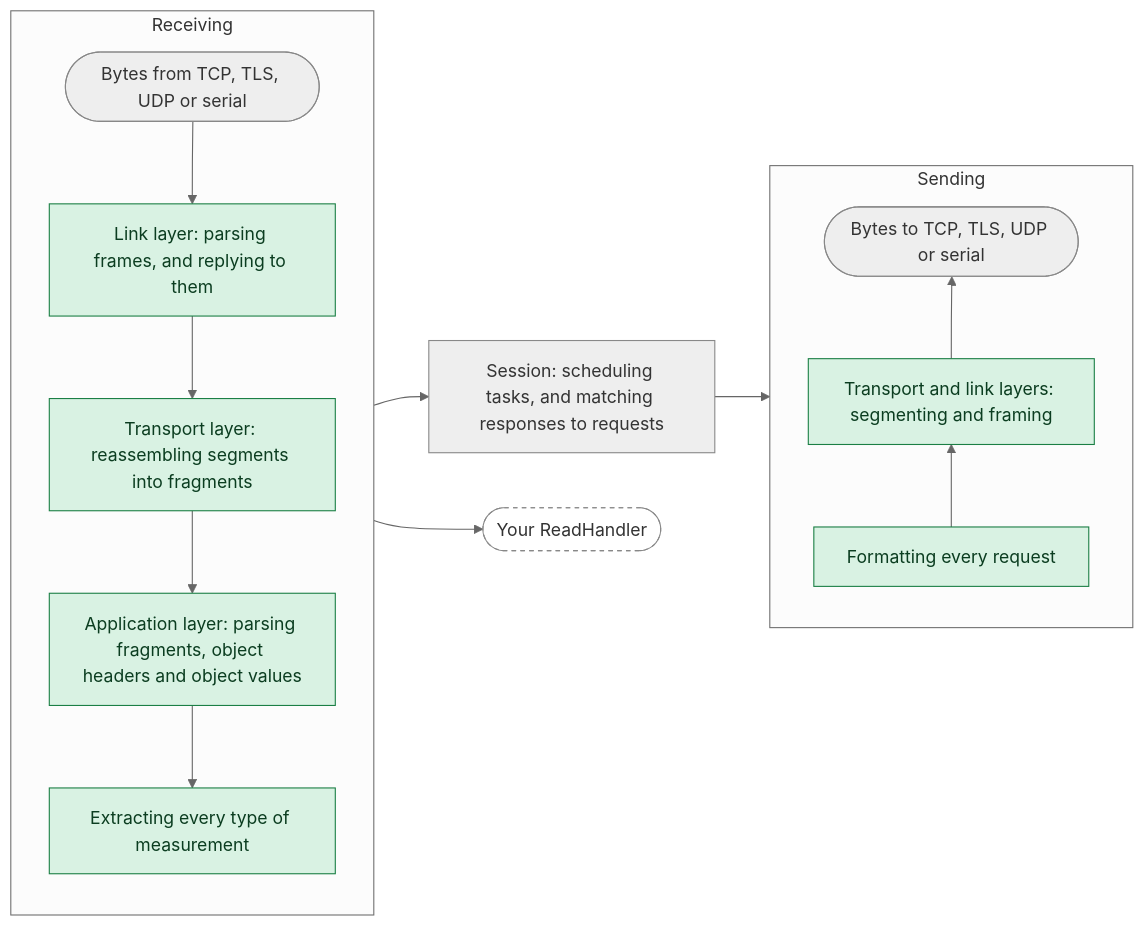
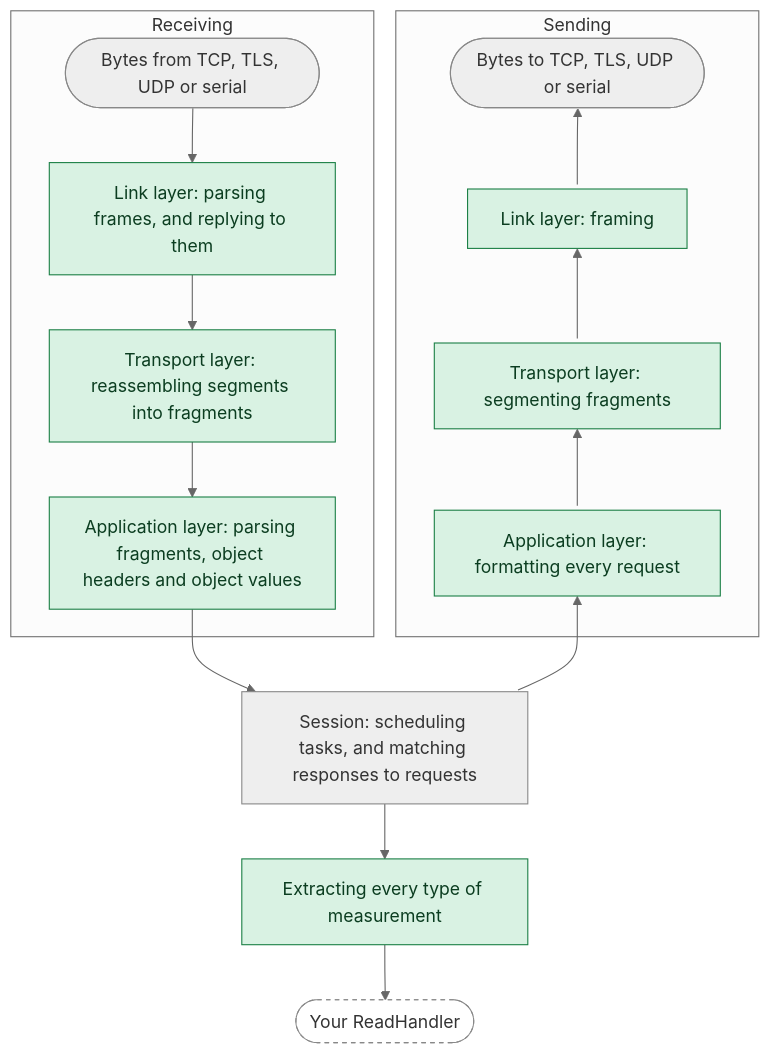
Before and after one commit to stepfunc/dnp3: the first of 2 diagrams in guide/docs/about/security.mdx, drawn with Mermaid (neutral theme). The commit also changed other lines of this file, not shown here.

Commit message:
Lay out the no-panic diagrams top to bottom, receiving down and sending back up

````diff
--- a/guide/docs/about/security.mdx
+++ b/guide/docs/about/security.mdx
@@ -70,26 +70,29 @@
 ```mermaid
-flowchart LR
+flowchart TB
     subgraph receiving [Receiving]
-        direction TB
         rx(["Bytes from TCP, TLS, UDP or serial"]):::outside
         rlink["Link layer: parsing frames, and replying to them"]:::proven
         rtransport["Transport layer: reassembling segments into fragments"]:::proven
         rapp["Application layer: parsing fragments, object headers and object values"]:::proven
-        extract["Extracting every type of measurement"]:::proven
-        rx --> rlink --> rtransport --> rapp --> extract
     end
     subgraph sending [Sending]
-        direction BT
-        format["Formatting every request"]:::proven
-        sframe["Transport and link layers: segmenting and framing"]:::proven
         tx(["Bytes to TCP, TLS, UDP or serial"]):::outside
-        format --> sframe --> tx
+        slink["Link layer: framing"]:::proven
+        stransport["Transport layer: segmenting fragments"]:::proven
+        sapp["Application layer: formatting every request"]:::proven
     end
     session["Session: scheduling tasks, and matching responses to requests"]:::outside
+    extract["Extracting every type of measurement"]:::proven
     handler(["Your ReadHandler"]):::user
-    extract --> handler
-    extract --> session --> format
+    rx --> rlink --> rtransport --> rapp --> session
+    tx <--> slink
+    slink <--> stransport
+    stransport <--> sapp
+    sapp <--> session
+    session --> extract --> handler
+    %% each sending link is listed from the step above to the one below, so the column rises; only its upper arrowhead is drawn
+    linkStyle 4,5,6,7 marker-end:none
     classDef proven fill:#d9f2e3,stroke:#1b7f45,color:#0b3d20
     classDef outside fill:#eeeeee,stroke:#888888,color:#333333
     classDef user fill:#ffffff,stroke:#888888,stroke-dasharray:4 4,color:#333333
 ```
````
